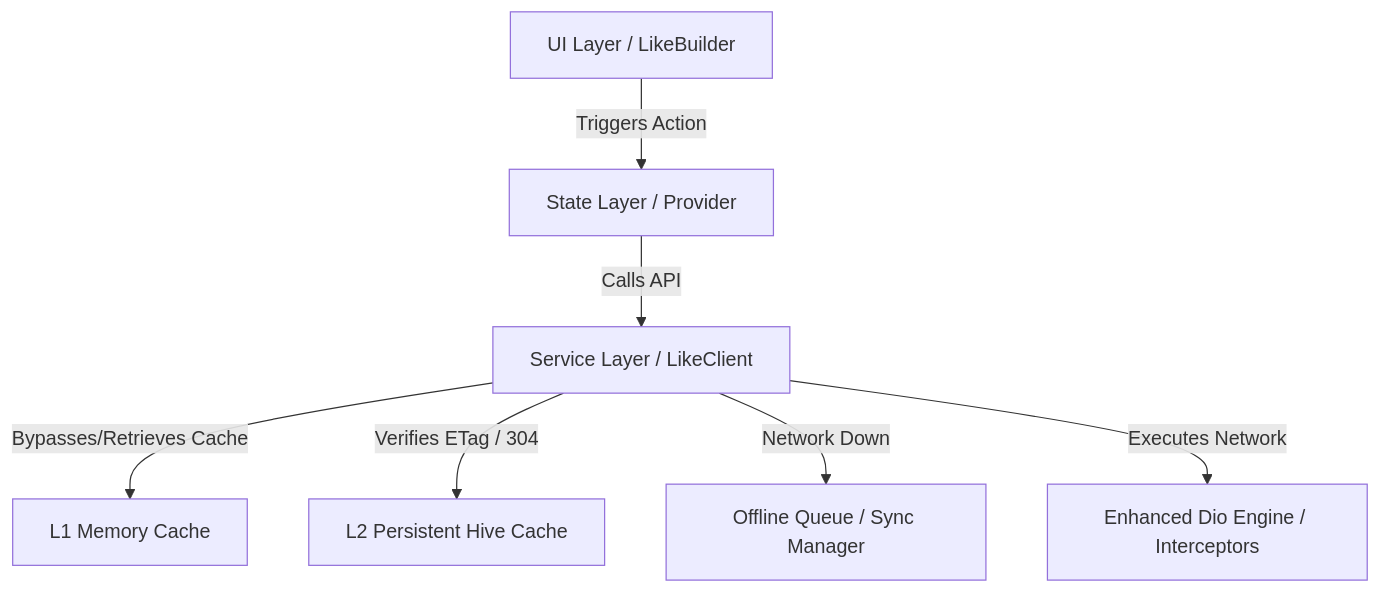
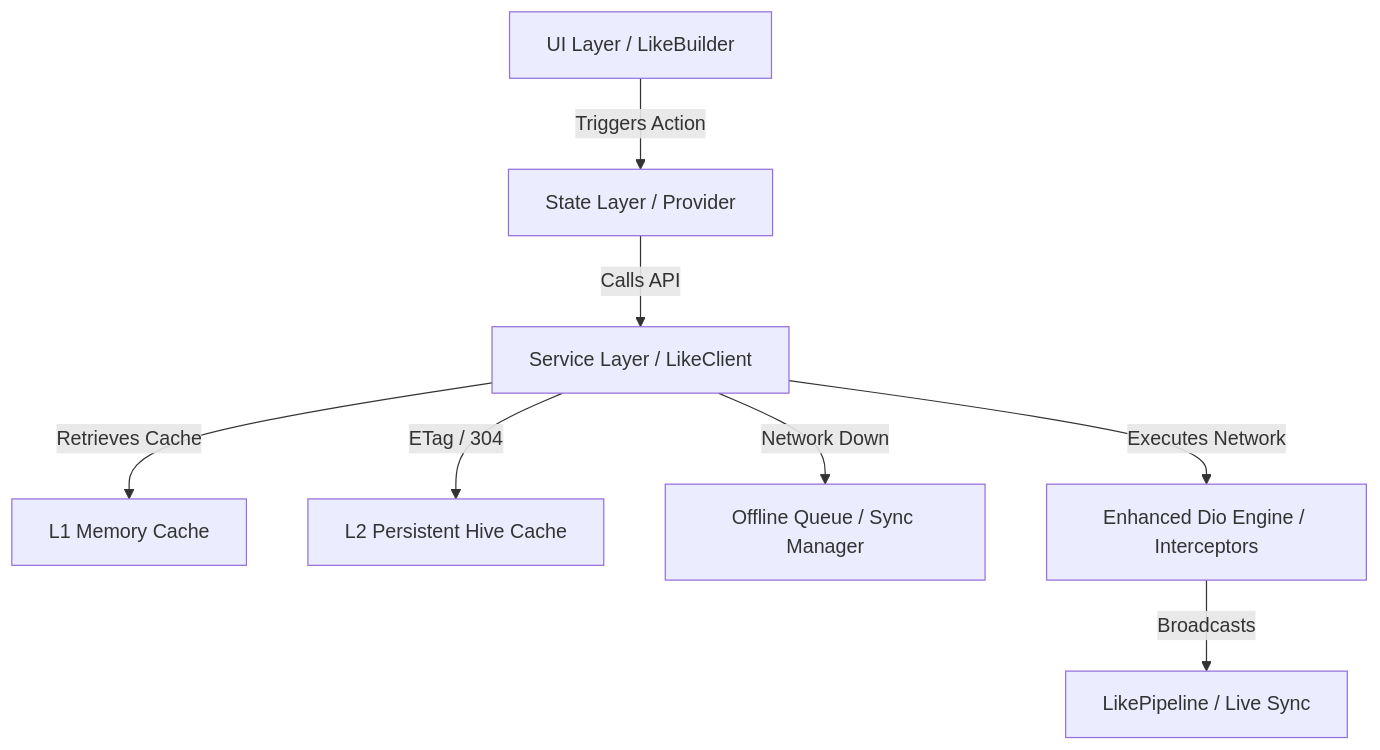
Before and after one commit to AjayJasperJ/like: the diagram in README.md, drawn with Mermaid. The commit also changed other lines of this file and 15 other files, not shown here.

````diff
--- a/README.md
+++ b/README.md
@@ -41,9 +35,10 @@
 ```mermaid
 graph TD
     A[UI Layer / LikeBuilder] -->|Triggers Action| B[State Layer / Provider]
     B -->|Calls API| C[Service Layer / LikeClient]
-    C -->|Bypasses/Retrieves Cache| D[L1 Memory Cache]
-    C -->|Verifies ETag / 304| E[L2 Persistent Hive Cache]
+    C -->|Retrieves Cache| D[L1 Memory Cache]
+    C -->|ETag / 304| E[L2 Persistent Hive Cache]
     C -->|Network Down| F[Offline Queue / Sync Manager]
     C -->|Executes Network| G[Enhanced Dio Engine / Interceptors]
+    G -->|Broadcasts| H[LikePipeline / Live Sync]
 ```
````
